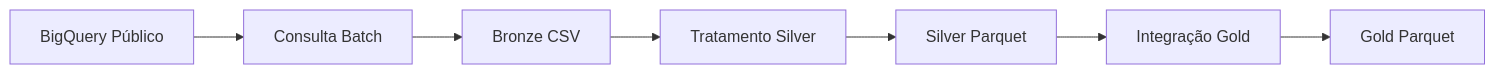
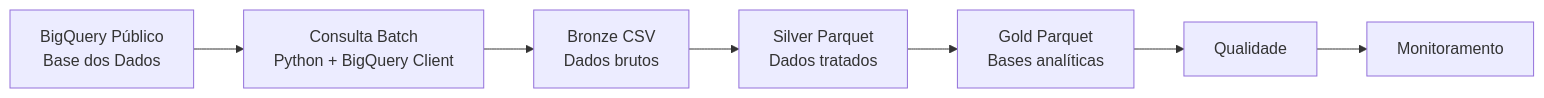
One commit to acorrea79/techchallenge-fase2-pipeline-alfabetizacao changed the second of 3 diagrams in README.md. Above: the diagram before and after it, drawn with Mermaid. The commit also changed other lines of this file, not shown here.

````diff
--- a/README.md
+++ b/README.md
@@ -153,9 +182,9 @@
 ```mermaid
 flowchart LR
-    A[BigQuery Público] --> B[Consulta Batch]
-    B --> C[Bronze CSV]
-    C --> D[Tratamento Silver]
-    D --> E[Silver Parquet]
-    E --> F[Integração Gold]
-    F --> G[Gold Parquet]
+    A[BigQuery Público<br/>Base dos Dados] --> B[Consulta Batch<br/>Python + BigQuery Client]
+    B --> C[Bronze CSV<br/>Dados brutos]
+    C --> D[Silver Parquet<br/>Dados tratados]
+    D --> E[Gold Parquet<br/>Bases analíticas]
+    E --> F[Qualidade]
+    F --> G[Monitoramento]
 ```
````
